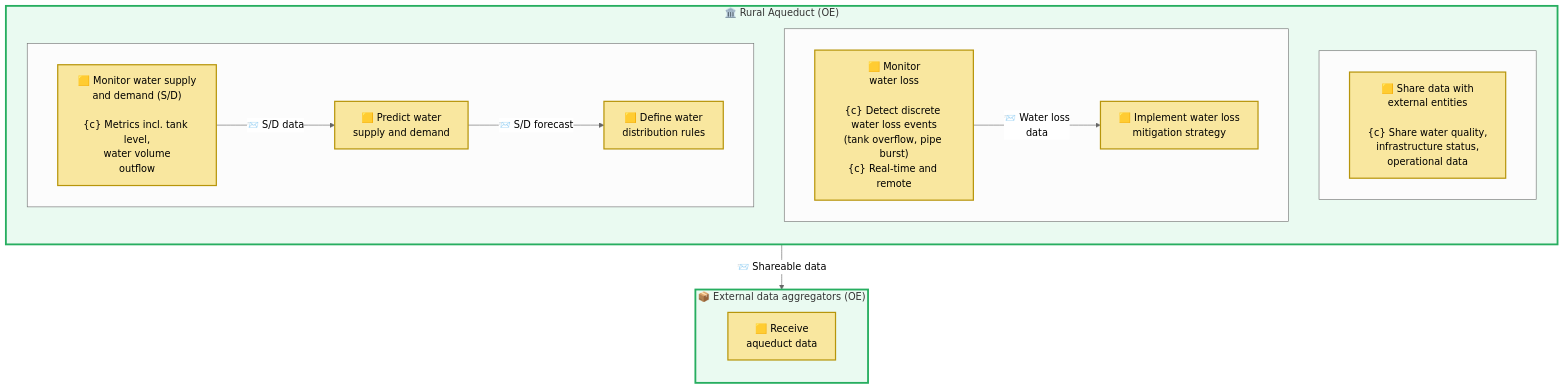
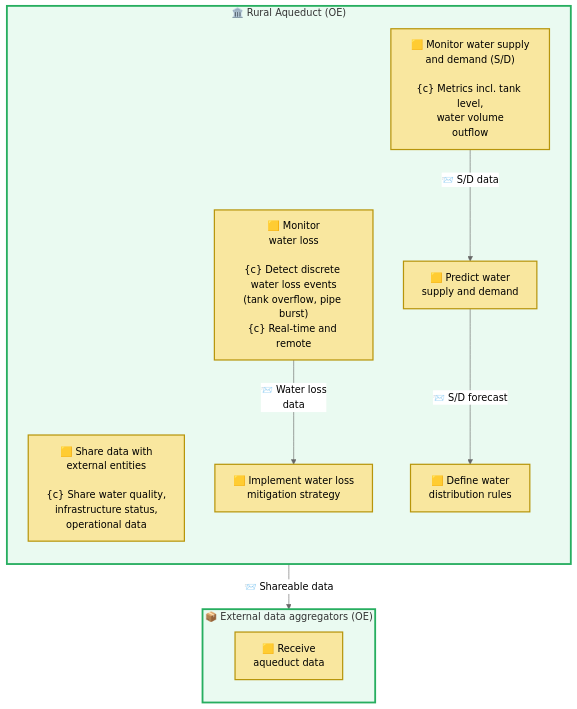
Before and after one commit to DeltaLabo/ASADA_Paso_Ancho: the diagram in se/organizational_architecture.mmd, drawn with Mermaid (neutral theme). The commit also changed 1 other file, not shown here.

```diff
--- a/se/organizational_architecture.mmd
+++ b/se/organizational_architecture.mmd
@@ -1,43 +1,32 @@
 flowchart TB
     subgraph RuralAqueduct["🏛️ Rural Aqueduct (OE)"]
         direction TB
         
-        subgraph Row1[" "]
-            direction LR
-            A6["🟨 Share data with<br/>external entities<br/><br/>{c} Share water quality,<br/>infrastructure status,<br/>operational data"]
-        end
-        
-        subgraph Row2[" "]
-            direction LR
-            A3["🟨 Monitor<br/>water loss<br/><br/>{c} Detect discrete water loss events<br/>(tank overflow, pipe burst)<br/>{c} Real-time and remote"]
-            A4["🟨 Implement water loss<br/>mitigation strategy"]
-        end
-        
-        subgraph Row5[" "]
-            direction LR
-            A10["🟨 Monitor water supply<br/>and demand (S/D)<br/><br/>{c} Metrics incl. tank level,<br/>water volume<br/>outflow"]
-            A11["🟨 Predict water<br/>supply and demand"]
-            A12["🟨 Define water<br/>distribution rules"]
-        end
+        A6["🟨 Share data with<br/>external entities<br/><br/>{c} Share water quality,<br/>infrastructure status,<br/>operational data"]
+        A3["🟨 Monitor<br/>water loss<br/><br/>{c} Detect discrete water loss events<br/>(tank overflow, pipe burst)<br/>{c} Real-time and remote"]
+        A4["🟨 Implement water loss<br/>mitigation strategy"]
+        A10["🟨 Monitor water supply<br/>and demand (S/D)<br/><br/>{c} Metrics incl. tank level,<br/>water volume<br/>outflow"]
+        A11["🟨 Predict water<br/>supply and demand"]
+        A12["🟨 Define water<br/>distribution rules"]
     end
 
     subgraph ExternalDataAgg["📦 External data aggregators (OE)"]
         direction TB
         E1["🟨 Receive<br/>aqueduct data"]
     end
 
     %% Internal functional exchanges
     A3 -->|"📨 Water loss<br/>data"| A4
     A10 -->|"📨 S/D data"| A11
     A11 -->|"📨 S/D forecast"| A12
     
     %% External exchanges
     A6 -->|"📨 Shareable data"| E1
 
     %% Styling
     classDef activityClass fill:#f9e79f,stroke:#b7950b,stroke-width:2px
     classDef containerClass fill:#eafaf1,stroke:#27ae60,stroke-width:3px
 
     class A3,A4,A6,A10,A11,A12 activityClass
-    class E1,E2 activityClass
+    class E1 activityClass
     class RuralAqueduct,ExternalDataAgg,WQEvaluator containerClass
```
